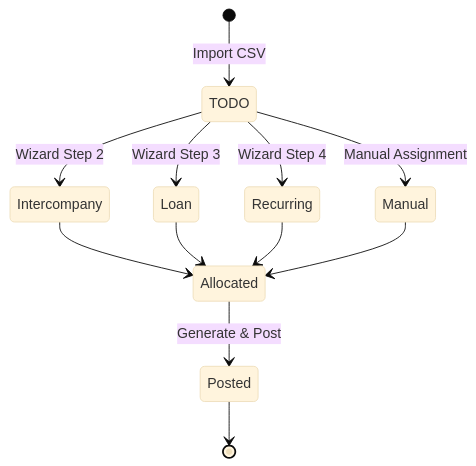
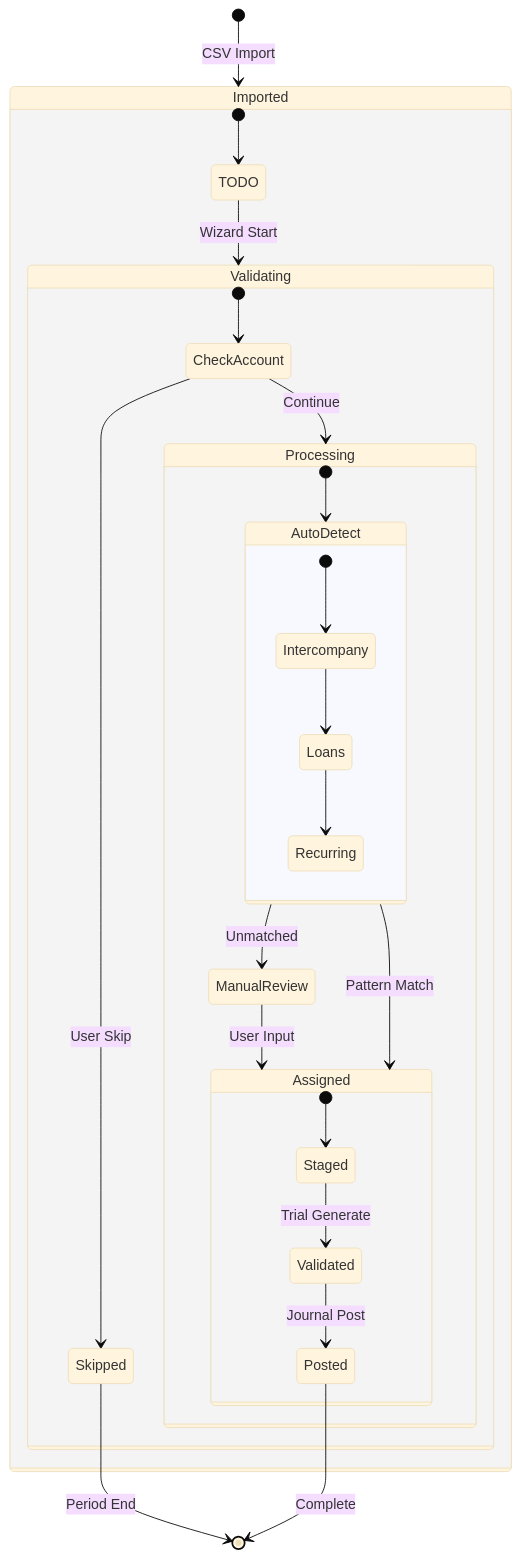
One commit to bgs-fbreen/copilot_db-development changed the sixth of 7 diagrams in docs/import-and-wizard-guide.md. Above: the diagram before and after it, drawn with Mermaid (base theme). The commit also changed other lines of this file, not shown here.

First line of the commit message:
Transform linear Mermaid diagrams into multi-dimensional workflow visualizations (#36)

````diff
--- a/docs/import-and-wizard-guide.md
+++ b/docs/import-and-wizard-guide.md
@@ -679,16 +799,38 @@
 ```mermaid
 stateDiagram-v2
-    [*] --> TODO: Import CSV
-    TODO --> Intercompany: Wizard Step 2
-    TODO --> Loan: Wizard Step 3
-    TODO --> Recurring: Wizard Step 4
-    TODO --> Manual: Manual Assignment
-    
-    Intercompany --> Allocated
-    Loan --> Allocated
-    Recurring --> Allocated
-    Manual --> Allocated
-    
-    Allocated --> Posted: Generate & Post
-    Posted --> [*]
+    [*] --> Imported: CSV Import
+
+    state Imported {
+        [*] --> TODO
+        TODO --> Validating: Wizard Start
+    }
+
+    state Validating {
+        [*] --> CheckAccount
+        CheckAccount --> Skipped: User Skip
+        CheckAccount --> Processing: Continue
+    }
+
+    state Processing {
+        [*] --> AutoDetect
+        
+        state AutoDetect {
+            [*] --> Intercompany
+            Intercompany --> Loans
+            Loans --> Recurring
+        }
+        
+        AutoDetect --> ManualReview: Unmatched
+        ManualReview --> Assigned: User Input
+        AutoDetect --> Assigned: Pattern Match
+    }
+
+    state Assigned {
+        [*] --> Staged
+        Staged --> Validated: Trial Generate
+        Validated --> Posted: Journal Post
+    }
+
+    Skipped --> [*]: Period End
+    Posted --> [*]: Complete
 ```
````
